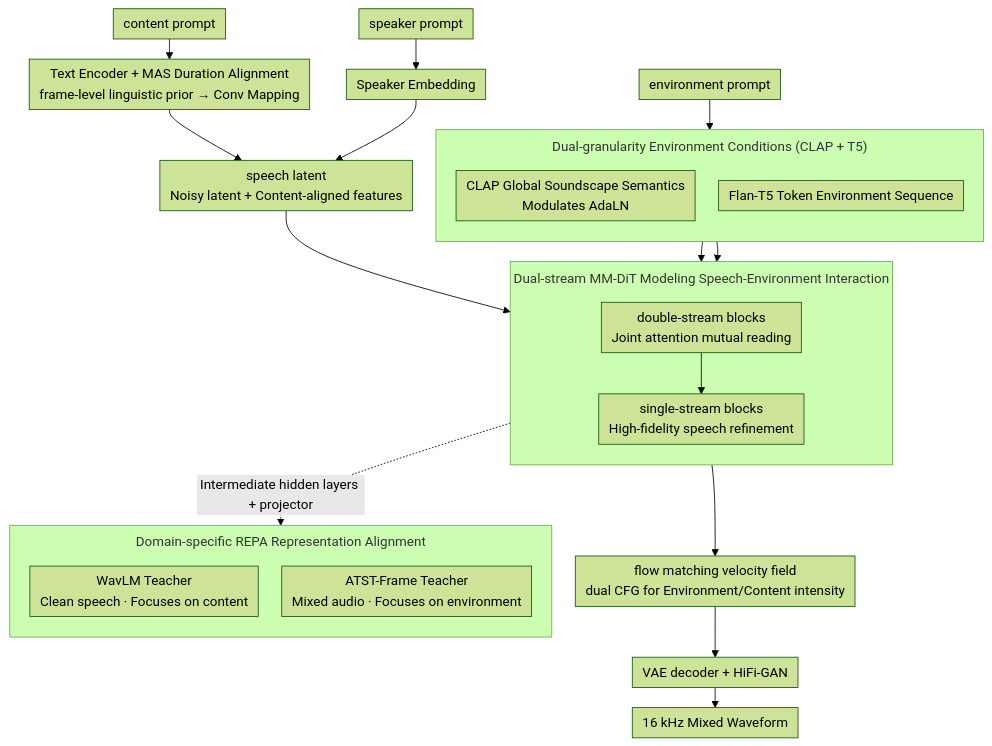
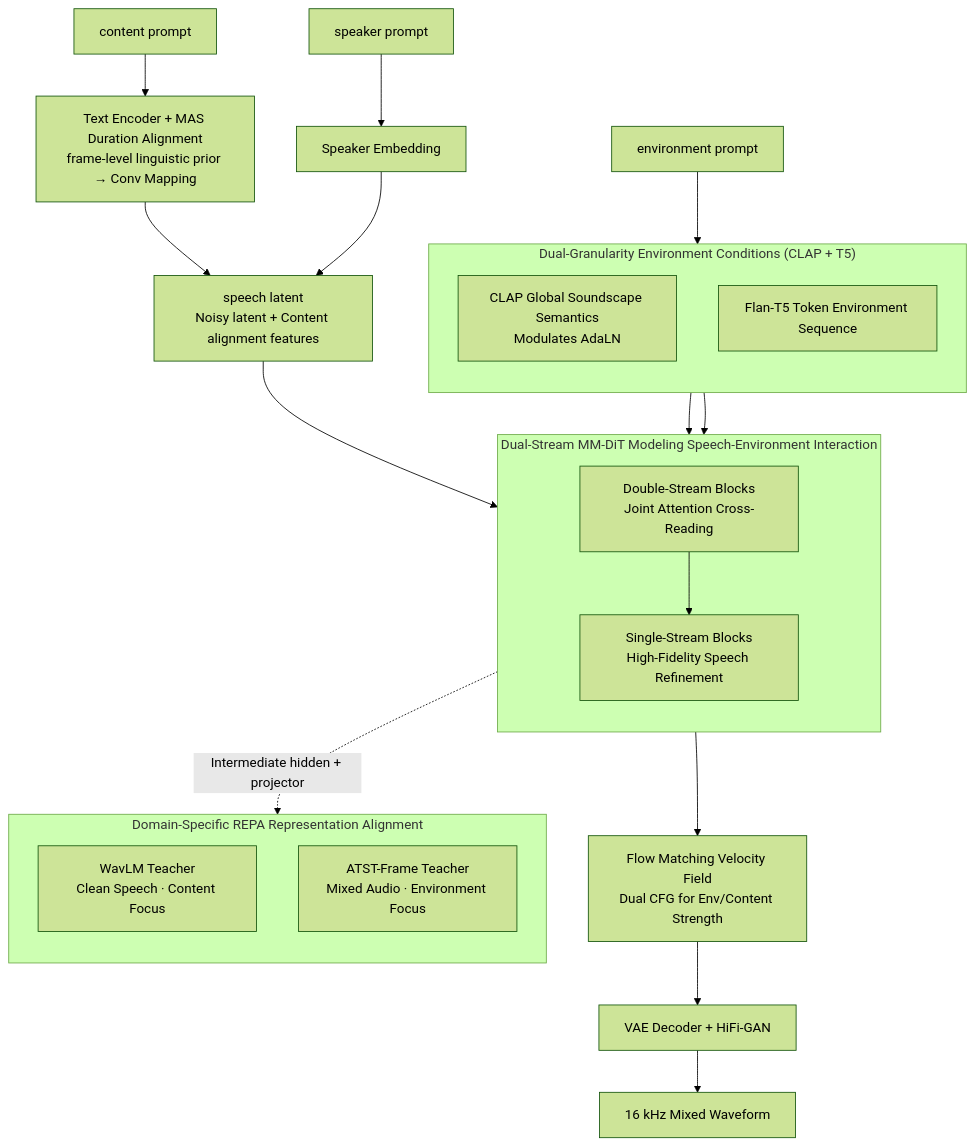
The diagram in docs/ACL2026/audio_speech/immersivetts_environment-aware_text-to-speech_with_multimodal_diffusion_transfor.md (zhaoyang97/Paper-Notes-en), drawn with Mermaid (forest theme) before and after one commit. The commit also changed other lines of this file and 5084 other files, not shown here.

````diff
--- a/docs/ACL2026/audio_speech/immersivetts_environment-aware_text-to-speech_with_multimodal_diffusion_transfor.md
+++ b/docs/ACL2026/audio_speech/immersivetts_environment-aware_text-to-speech_with_multimodal_diffusion_transfor.md
@@ -45,38 +45,37 @@
 ```mermaid
-%%{init: {'flowchart': {'rankSpacing': 24, 'nodeSpacing': 28, 'padding': 6, 'wrappingWidth': 400, 'subGraphTitleMargin': {'top': 8, 'bottom': 16}}}}%%
-flowchart TD
+graph TD
     CP["content prompt"] --> TE["Text Encoder + MAS Duration Alignment<br/>frame-level linguistic prior → Conv Mapping"]
     SP["speaker prompt"] --> SE["Speaker Embedding"]
     EP["environment prompt"]
 
-    subgraph ENV["Dual-granularity Environment Conditions (CLAP + T5)"]
+    subgraph ENV["Dual-Granularity Environment Conditions (CLAP + T5)"]
         direction TB
         CLAP["CLAP Global Soundscape Semantics<br/>Modulates AdaLN"]
         T5["Flan-T5 Token Environment Sequence"]
     end
     EP --> ENV
 
-    TE --> SLAT["speech latent<br/>Noisy latent + Content-aligned features"]
+    TE --> SLAT["speech latent<br/>Noisy latent + Content alignment features"]
     SE --> SLAT
 
-    subgraph MMDIT["Dual-stream MM-DiT Modeling Speech-Environment Interaction"]
+    subgraph MMDIT["Dual-Stream MM-DiT Modeling Speech-Environment Interaction"]
         direction TB
-        DS["double-stream blocks<br/>Joint attention mutual reading"]
-        SS["single-stream blocks<br/>High-fidelity speech refinement"]
+        DS["Double-Stream Blocks<br/>Joint Attention Cross-Reading"]
+        SS["Single-Stream Blocks<br/>High-Fidelity Speech Refinement"]
         DS --> SS
     end
     SLAT --> DS
     T5 --> DS
     CLAP --> MMDIT
 
-    SS --> FM["flow matching velocity field<br/>dual CFG for Environment/Content intensity"]
+    SS --> FM["Flow Matching Velocity Field<br/>Dual CFG for Env/Content Strength"]
     FM --> DEC["VAE decoder + HiFi-GAN"]
-    DEC --> OUT["16 kHz Mixed Waveform"]
+    DEC["VAE Decoder + HiFi-GAN"] --> OUT["16 kHz Mixed Waveform"]
 
-    subgraph REPA["Domain-specific REPA Representation Alignment"]
+    subgraph REPA["Domain-Specific REPA Representation Alignment"]
         direction TB
-        WAVLM["WavLM Teacher<br/>Clean speech · Focuses on content"]
-        ATST["ATST-Frame Teacher<br/>Mixed audio · Focuses on environment"]
+        WAVLM["WavLM Teacher<br/>Clean Speech · Content Focus"]
+        ATST["ATST-Frame Teacher<br/>Mixed Audio · Environment Focus"]
     end
-    SS -.->|Intermediate hidden layers + projector| REPA
+    SS -.->|Intermediate hidden + projector| REPA
 ```
````
